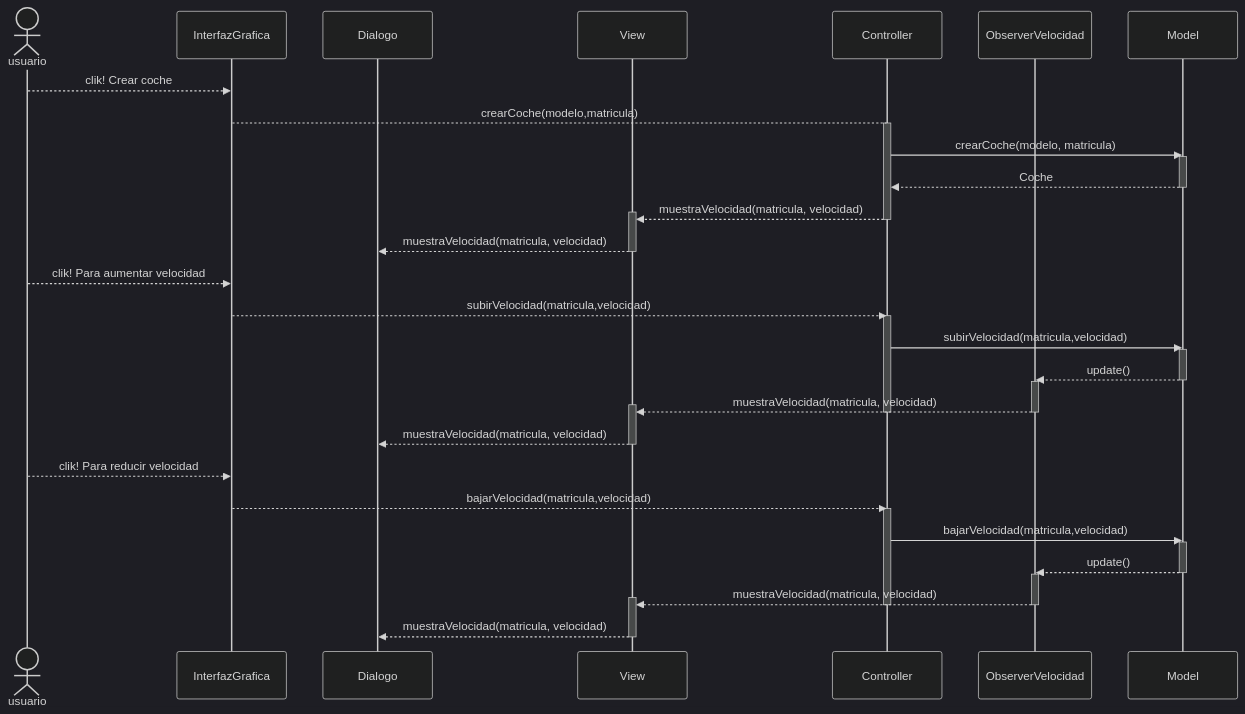
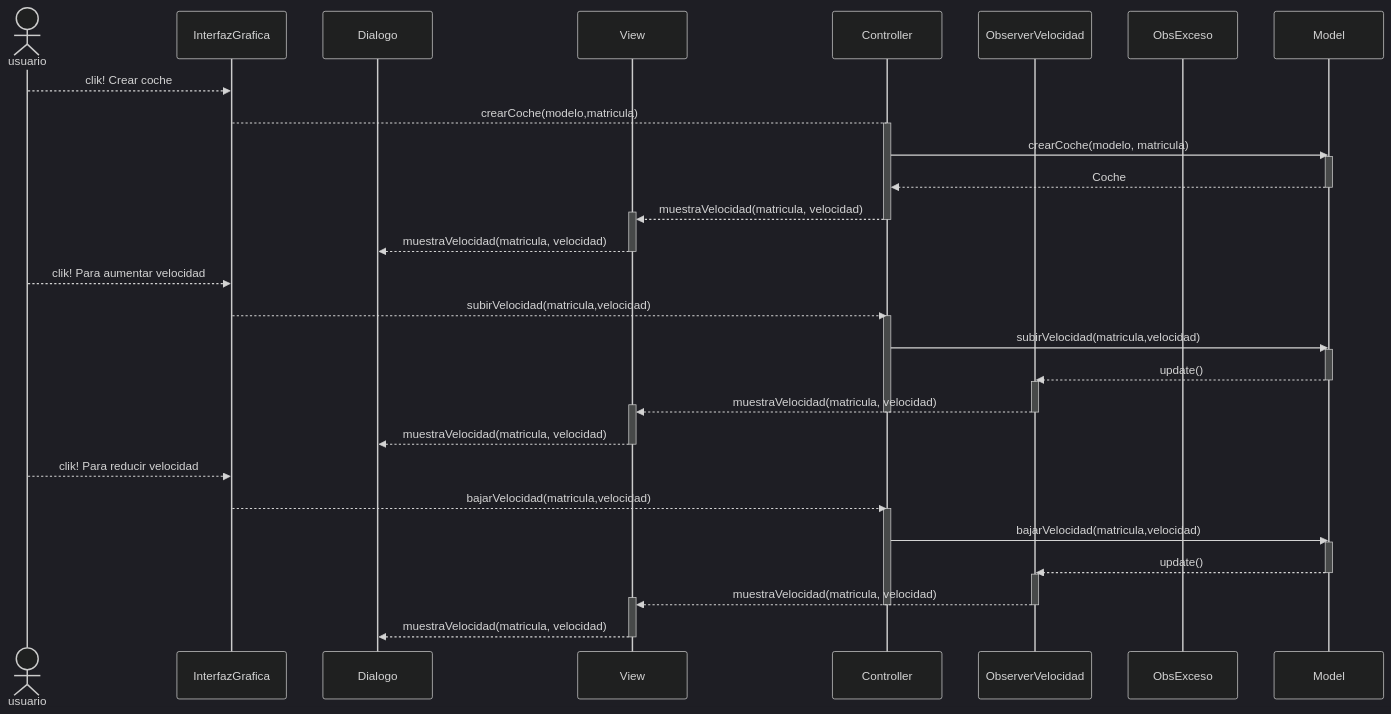
Before and after one commit to acasella03/MVC_coches: the third of 3 diagrams in Readme.md, drawn with Mermaid (dark theme). The commit also changed other lines of this file, not shown here.

````diff
--- a/Readme.md
+++ b/Readme.md
@@ -117,49 +123,49 @@
 ```mermaid
 sequenceDiagram
     actor usuario
     
         participant InterfazGrafica
         participant Dialogo
         participant View
     
     participant Controller
     participant ObserverVelocidad
+    participant ObsExceso
     participant Model
     
     usuario-->>InterfazGrafica: clik! Crear coche
     InterfazGrafica-->Controller: crearCoche(modelo,matricula)
     activate Controller
     Controller->>Model: crearCoche(modelo, matricula)
     activate Model
     Model-->>Controller: Coche
     deactivate Model
     Controller-->>+View: muestraVelocidad(matricula, velocidad)
     deactivate Controller
     View-->>-Dialogo: muestraVelocidad(matricula, velocidad)
-    
     usuario-->>InterfazGrafica: clik! Para aumentar velocidad
     InterfazGrafica-->>Controller: subirVelocidad(matricula,velocidad)
     activate Controller
     Controller->>Model: subirVelocidad(matricula,velocidad)
     activate Model
     Model-->>ObserverVelocidad: update()
     deactivate Model
     activate ObserverVelocidad
     ObserverVelocidad-->>+View: muestraVelocidad(matricula, velocidad)
     deactivate ObserverVelocidad
     deactivate Controller
     View-->>-Dialogo: muestraVelocidad(matricula, velocidad)
     
     usuario-->>InterfazGrafica: clik! Para reducir velocidad
     InterfazGrafica-->>Controller: bajarVelocidad(matricula,velocidad)
     activate Controller
     Controller->>Model: bajarVelocidad(matricula,velocidad)
     activate Model
     Model-->>ObserverVelocidad: update()
     deactivate Model
     activate ObserverVelocidad
     ObserverVelocidad-->>+View: muestraVelocidad(matricula, velocidad)
     deactivate ObserverVelocidad
     deactivate Controller
     View-->>-Dialogo: muestraVelocidad(matricula, velocidad)
 ```
````
